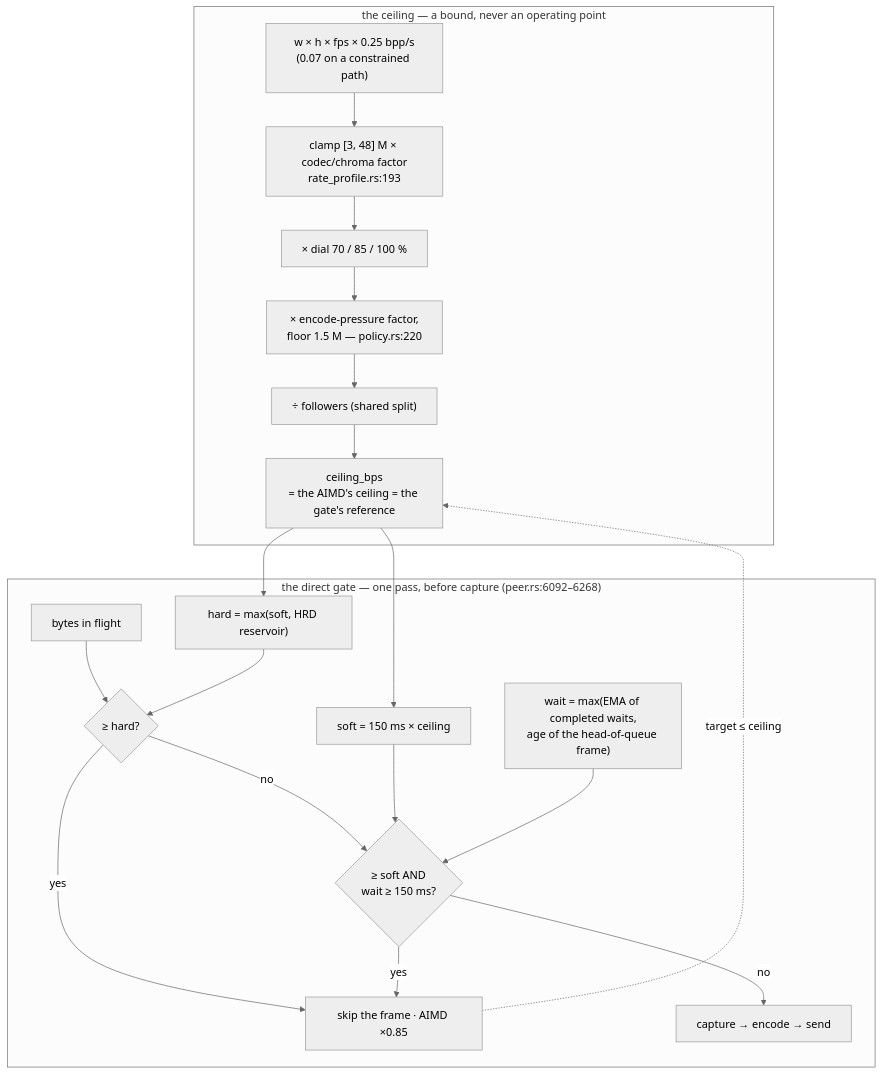
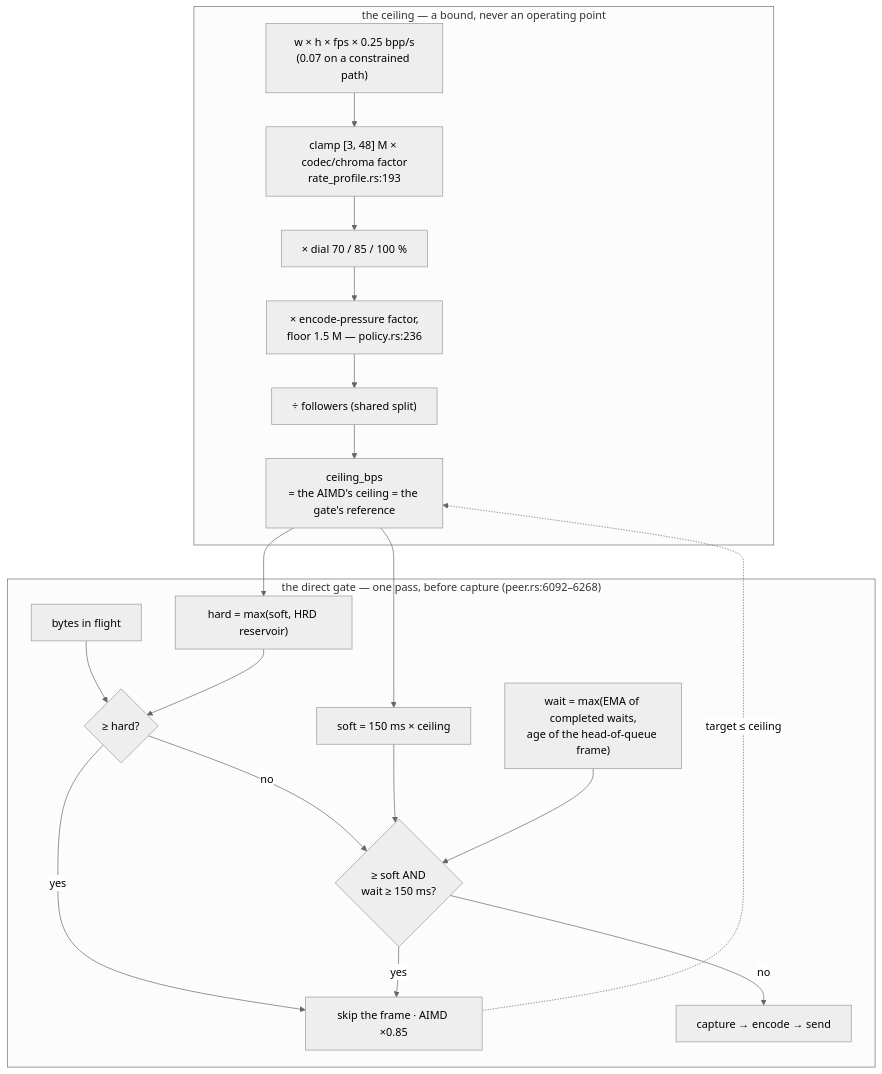
Before and after one commit to gjovanov/roomler-ai: the third of 4 diagrams in docs/rate-control.md, drawn with Mermaid (neutral theme). The commit also changed other lines of this file and 15 other files, not shown here.

````diff
--- a/docs/rate-control.md
+++ b/docs/rate-control.md
@@ -340,24 +340,24 @@
 ```mermaid
 flowchart TB
     subgraph ceiling["the ceiling — a bound, never an operating point"]
         G["w × h × fps × 0.25 bpp/s<br/>(0.07 on a constrained path)"] --> C["clamp [3, 48] M × codec/chroma factor<br/>rate_profile.rs:193"]
         C --> D["× dial 70 / 85 / 100 %"]
-        D --> E["× encode-pressure factor,<br/>floor 1.5 M — policy.rs:220"]
+        D --> E["× encode-pressure factor,<br/>floor 1.5 M — policy.rs:236"]
         E --> S["÷ followers (shared split)"]
         S --> CEIL["ceiling_bps<br/>= the AIMD's ceiling = the gate's reference"]
     end
     subgraph gate["the direct gate — one pass, before capture (peer.rs:6092–6268)"]
         CEIL --> SOFT["soft = 150 ms × ceiling"]
         CEIL --> HARD["hard = max(soft, HRD reservoir)"]
         W["wait = max(EMA of completed waits,<br/>age of the head-of-queue frame)"]
         Q["bytes in flight"] --> H{"≥ hard?"}
         HARD --> H
         H -- yes --> TRIP["skip the frame · AIMD ×0.85"]
         H -- no --> SQ{"≥ soft AND<br/>wait ≥ 150 ms?"}
         SOFT --> SQ
         W --> SQ
         SQ -- yes --> TRIP
         SQ -- no --> PASS["capture → encode → send"]
     end
     TRIP -.->|"target ≤ ceiling"| CEIL
 ```
````
